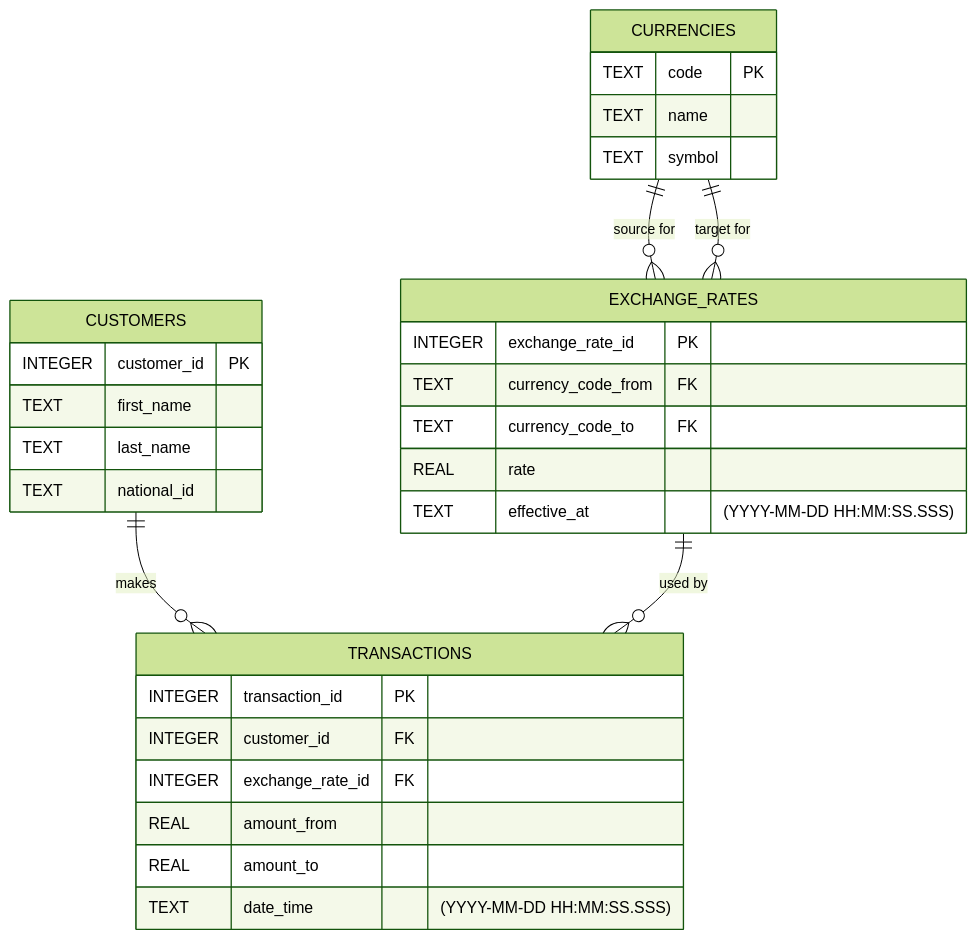
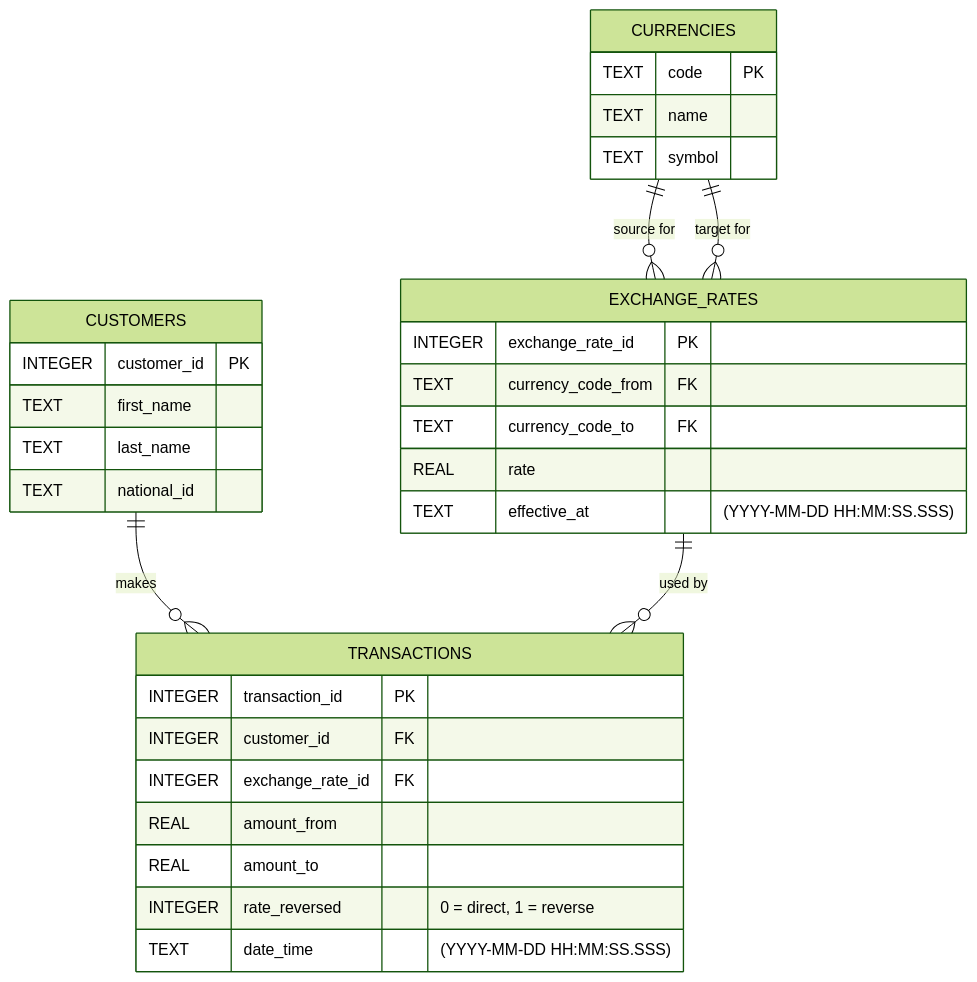
One commit to aleksandr-voitenko/MSE-800 changed the diagram in week3/activity5/README.md. Above: the diagram before and after it, drawn with Mermaid (forest theme).

Commit message:
week 3 activity 5 - Added `rate_reversed` to ER model

````diff
--- a/week3/activity5/README.md
+++ b/week3/activity5/README.md
@@ -11,37 +11,38 @@
 ```mermaid
 erDiagram
     CUSTOMERS ||--o{ TRANSACTIONS : makes
     EXCHANGE_RATES ||--o{ TRANSACTIONS : "used by"
     CURRENCIES ||--o{ EXCHANGE_RATES : "source for"
     CURRENCIES ||--o{ EXCHANGE_RATES : "target for"
 
     CUSTOMERS {
         INTEGER customer_id PK
         TEXT first_name
         TEXT last_name
         TEXT national_id
     }
 
     TRANSACTIONS {
         INTEGER transaction_id PK
         INTEGER customer_id FK
         INTEGER exchange_rate_id FK
         REAL amount_from
         REAL amount_to
+        INTEGER rate_reversed "0 = direct, 1 = reverse"
         TEXT date_time "(YYYY-MM-DD HH:MM:SS.SSS)"
     }
 
     EXCHANGE_RATES {
         INTEGER exchange_rate_id PK
         TEXT currency_code_from FK
         TEXT currency_code_to FK
         REAL rate
         TEXT effective_at "(YYYY-MM-DD HH:MM:SS.SSS)"
     }
 
     CURRENCIES {
         TEXT code PK
         TEXT name
         TEXT symbol
     }
 ```
````
